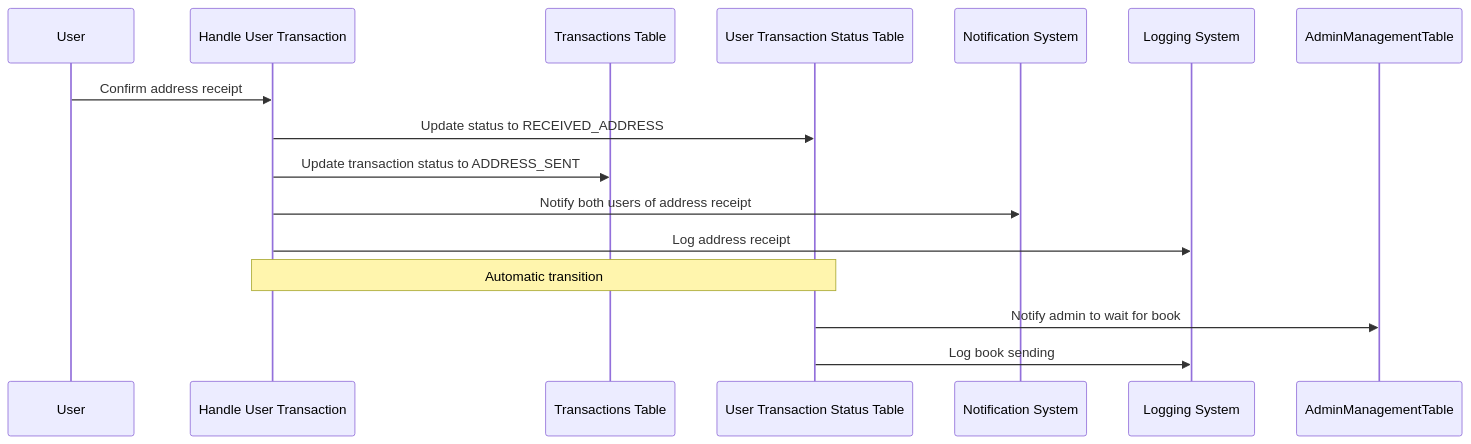
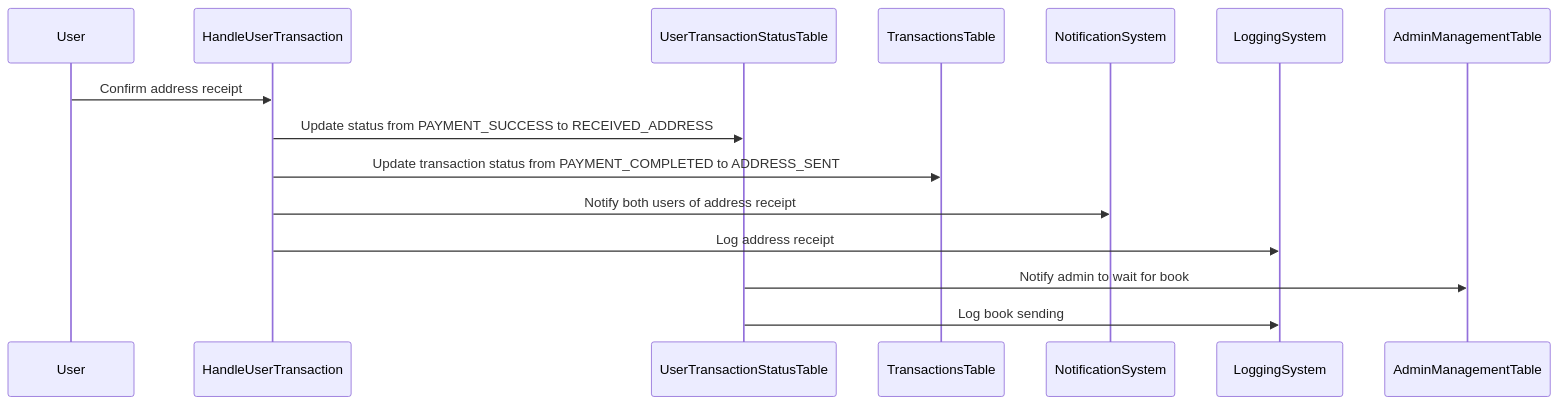
One commit to Loknong/book-exchange changed the seventh of 11 diagrams in documents/Exchange.flow.md. Above: the diagram before and after it, drawn with Mermaid. The commit also changed other lines of this file and 1 other file, not shown here.

````diff
--- a/documents/Exchange.flow.md
+++ b/documents/Exchange.flow.md
@@ -230,19 +239,18 @@
 ```mermaid
 sequenceDiagram
-    participant User
-    participant HandleUserTransaction as Handle User Transaction
-    participant TransactionsTable as Transactions Table
-    participant UserTransactionStatusTable as User Transaction Status Table
-    participant NotificationSystem as Notification System
-    participant LoggingSystem as Logging System
+    %% participant User
+    %% participant HandleUserTransaction as Handle User Transaction
+    %% participant TransactionsTable as Transactions Table
+    %% participant UserTransactionStatusTable as User Transaction Status Table
+    %% participant NotificationSystem as Notification System
+    %% participant LoggingSystem as Logging System
 
     User->>HandleUserTransaction: Confirm address receipt
-    HandleUserTransaction->>UserTransactionStatusTable: Update status to RECEIVED_ADDRESS
-    HandleUserTransaction->>TransactionsTable: Update transaction status to ADDRESS_SENT
+    HandleUserTransaction->>UserTransactionStatusTable: Update status from PAYMENT_SUCCESS to RECEIVED_ADDRESS
+    HandleUserTransaction->>TransactionsTable: Update transaction status from PAYMENT_COMPLETED to ADDRESS_SENT
     HandleUserTransaction->>NotificationSystem: Notify both users of address receipt
     HandleUserTransaction->>LoggingSystem: Log address receipt
 
-    note over HandleUserTransaction, UserTransactionStatusTable: Automatic transition
     UserTransactionStatusTable->>AdminManagementTable: Notify admin to wait for book
     UserTransactionStatusTable->>LoggingSystem: Log book sending
 ```
````
